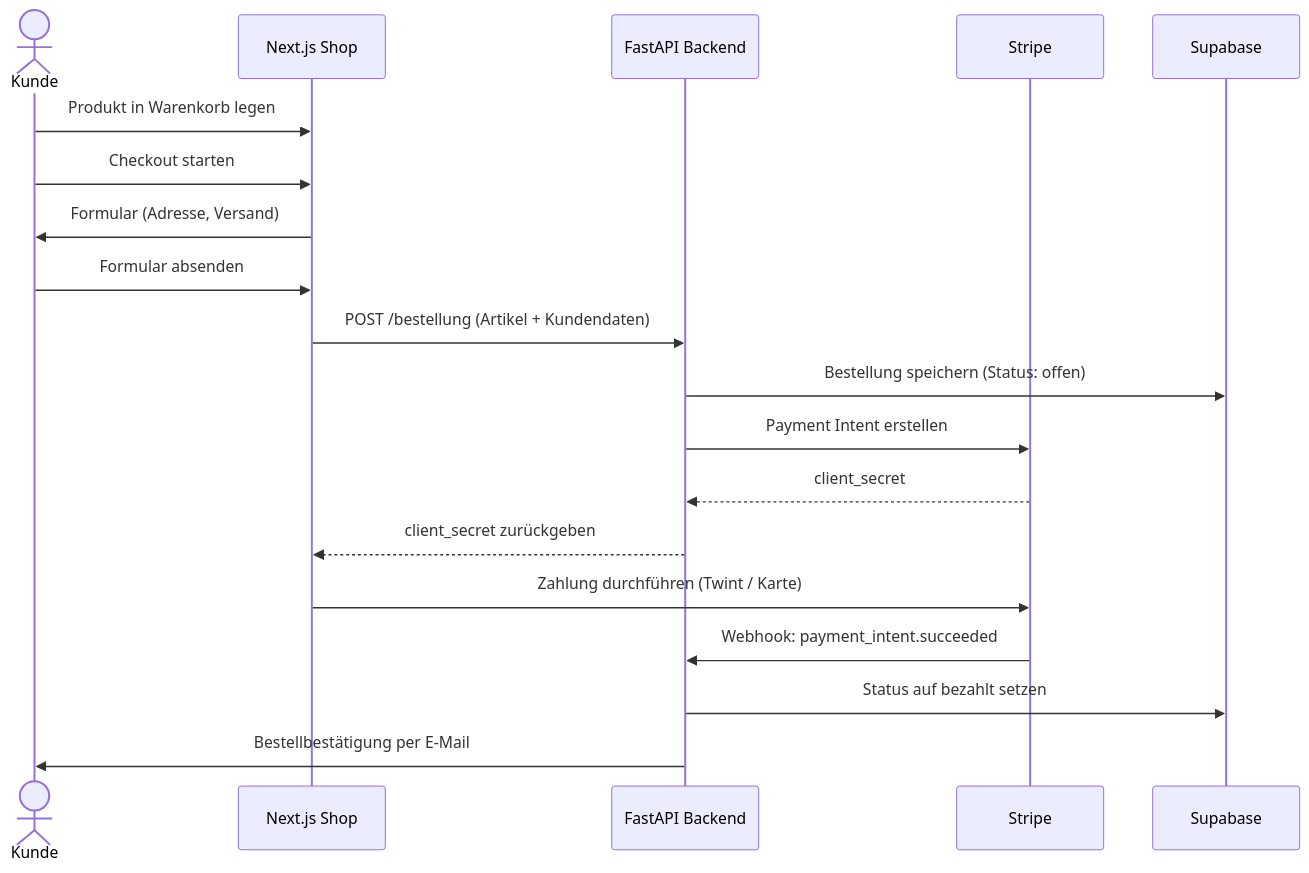
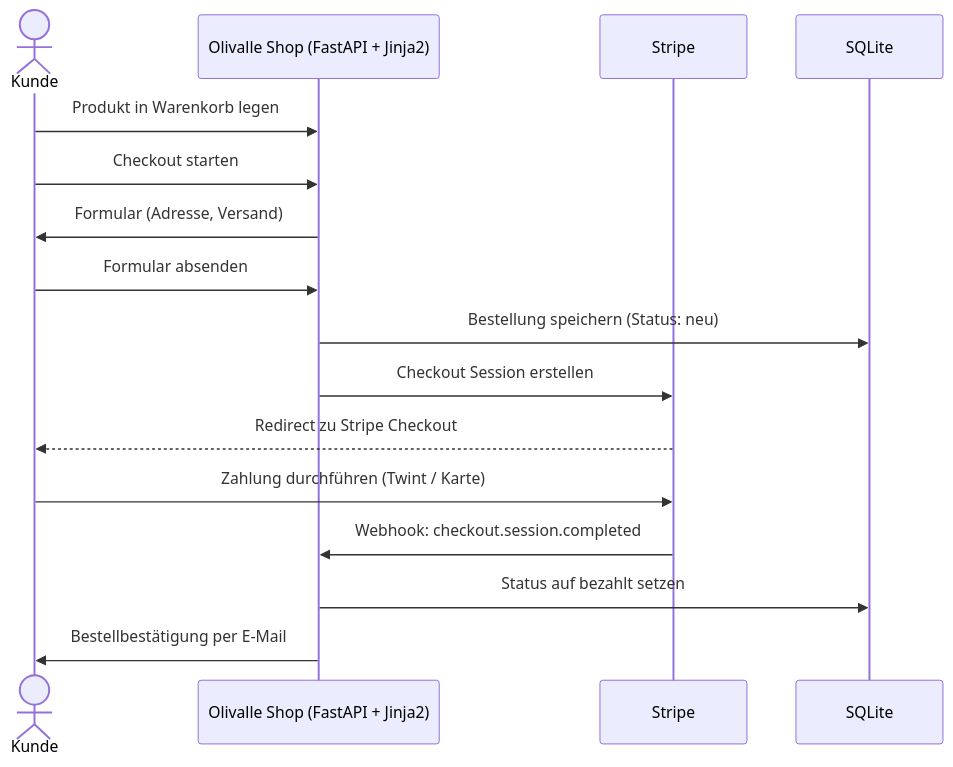
One commit to konstantinniedermann/olivalle-webshop changed the diagram in docs/bestellprozess.md. Above: the diagram before and after it, drawn with Mermaid. The commit also changed 7 other files, not shown here.

Commit message:
docs: Dokumentation an neuen Tech-Stack anpassen (FastAPI+Jinja2+SQLite+fly.io)

````diff
--- a/docs/bestellprozess.md
+++ b/docs/bestellprozess.md
@@ -5,22 +5,19 @@
 ```mermaid
 sequenceDiagram
     actor Kunde
-    participant Shop as Next.js Shop
-    participant API as FastAPI Backend
+    participant Shop as Olivalle Shop (FastAPI + Jinja2)
     participant Stripe
-    participant DB as Supabase
+    participant DB as SQLite
 
     Kunde->>Shop: Produkt in Warenkorb legen
     Kunde->>Shop: Checkout starten
     Shop->>Kunde: Formular (Adresse, Versand)
     Kunde->>Shop: Formular absenden
-    Shop->>API: POST /bestellung (Artikel + Kundendaten)
-    API->>DB: Bestellung speichern (Status: offen)
-    API->>Stripe: Payment Intent erstellen
-    Stripe-->>API: client_secret
-    API-->>Shop: client_secret zurückgeben
-    Shop->>Stripe: Zahlung durchführen (Twint / Karte)
-    Stripe->>API: Webhook: payment_intent.succeeded
-    API->>DB: Status auf bezahlt setzen
-    API->>Kunde: Bestellbestätigung per E-Mail
+    Shop->>DB: Bestellung speichern (Status: neu)
+    Shop->>Stripe: Checkout Session erstellen
+    Stripe-->>Kunde: Redirect zu Stripe Checkout
+    Kunde->>Stripe: Zahlung durchführen (Twint / Karte)
+    Stripe->>Shop: Webhook: checkout.session.completed
+    Shop->>DB: Status auf bezahlt setzen
+    Shop->>Kunde: Bestellbestätigung per E-Mail
 ```
````
